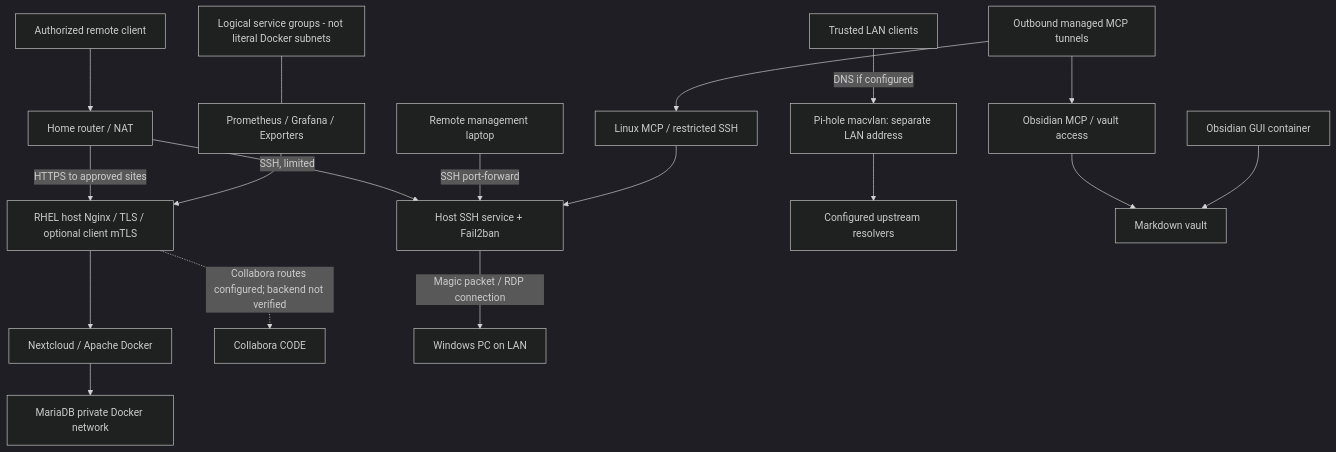
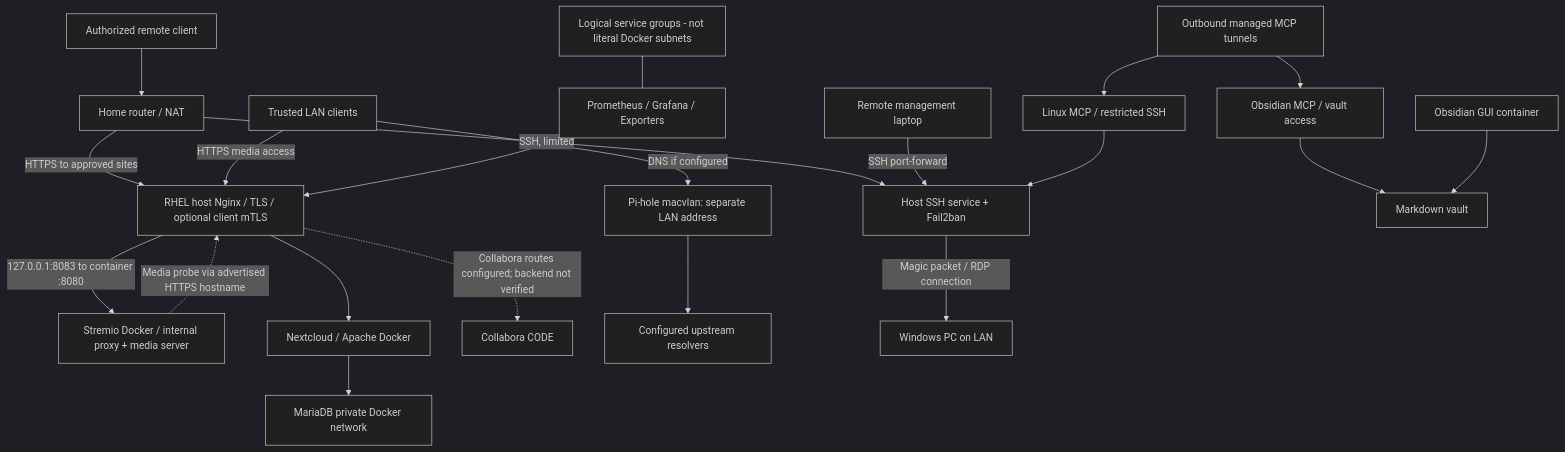
The first of 2 diagrams in architecture/README.md (SpaaceCadet/rhel-homelab), drawn with Mermaid (dark theme) before and after one commit. The commit also changed other lines of this file, not shown here.

Commit message:
docs: include Stremio in homelab architecture and dependencies

````diff
--- a/architecture/README.md
+++ b/architecture/README.md
@@ -7,20 +7,23 @@
 ```mermaid
 flowchart TB
  External["Authorized remote client"] --> Router["Home router / NAT"]
  Router -->|"HTTPS to approved sites"| Nginx["RHEL host Nginx / TLS / optional client mTLS"]
  Router -->|"SSH, limited"| SSH["Host SSH service + Fail2ban"]
+ LAN -->|"HTTPS media access"| Nginx
+ Nginx -->|"127.0.0.1:8083 to container :8080"| Stremio["Stremio Docker / internal proxy + media server"]
+ Stremio -. "Media probe via advertised HTTPS hostname" .-> Nginx
  Nginx --> Next["Nextcloud / Apache Docker"]
  Next --> DB["MariaDB private Docker network"]
  Nginx -. "Collabora routes configured; backend not verified" .-> Code["Collabora CODE"]
  LAN["Trusted LAN clients"] -->|"DNS if configured"| Pi["Pi-hole macvlan: separate LAN address"]
  Pi --> Upstream["Configured upstream resolvers"]
  Laptop["Remote management laptop"] -->|"SSH port-forward"| SSH
  SSH -->|"Magic packet / RDP connection"| Windows["Windows PC on LAN"]
  SubgraphNote["Logical service groups - not literal Docker subnets"] --- Metrics["Prometheus / Grafana / Exporters"]
  Metrics --> Nginx
  Tunnel["Outbound managed MCP tunnels"] --> LinuxMCP["Linux MCP / restricted SSH"]
  Tunnel --> ObsMCP["Obsidian MCP / vault access"]
  LinuxMCP --> SSH
  ObsMCP --> Vault["Markdown vault"]
  GUI["Obsidian GUI container"] --> Vault
 ```
````
